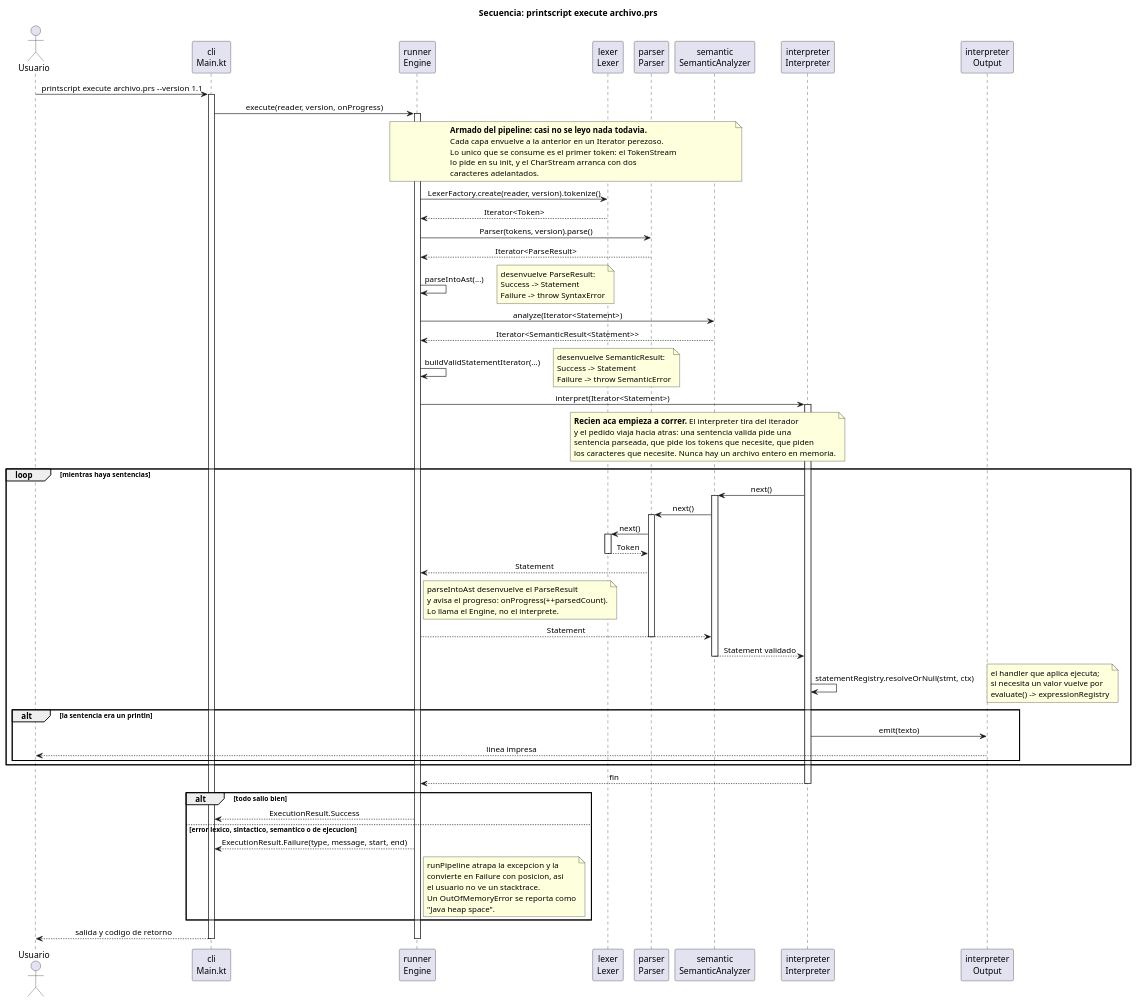
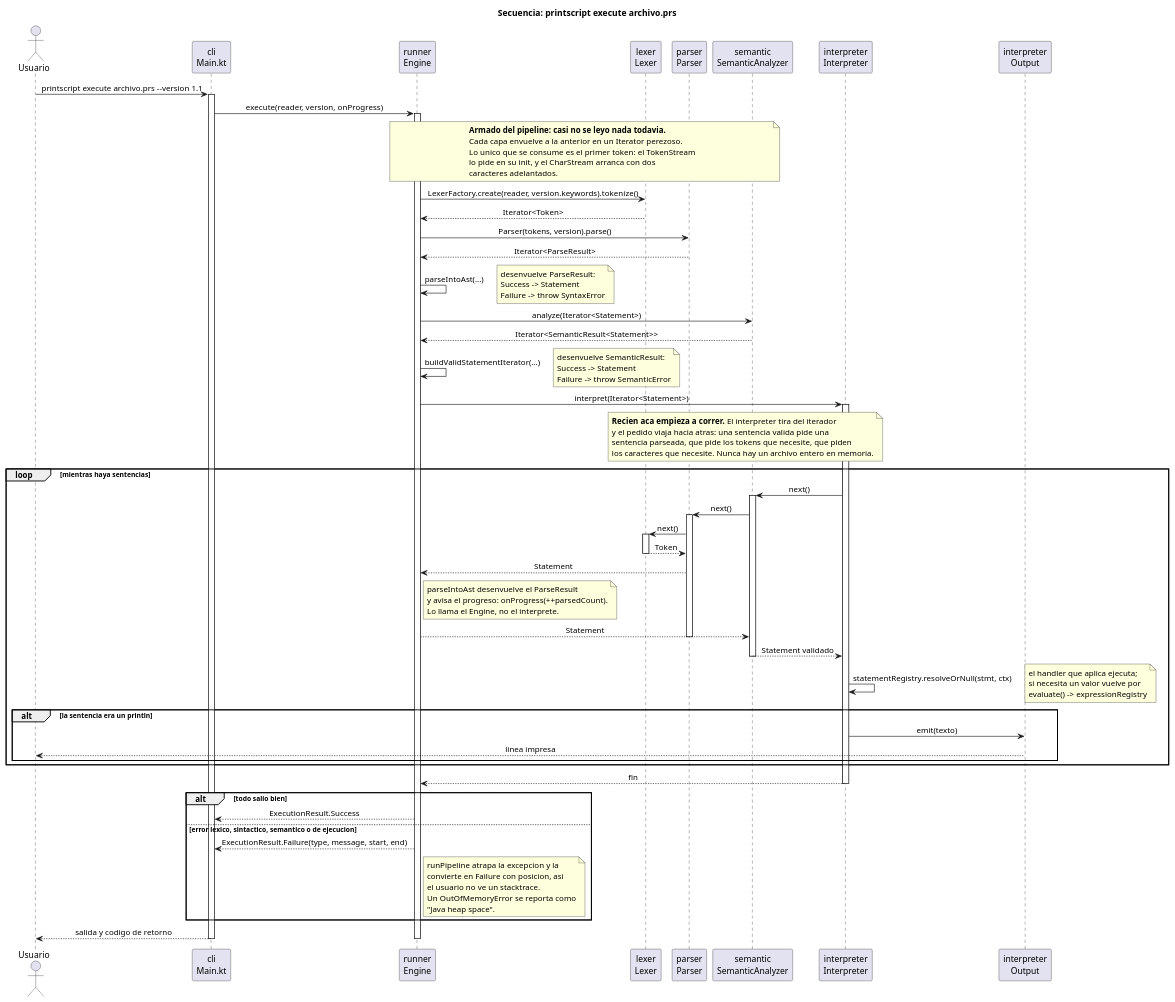
The diagram in docs/secuencia-ejecucion.puml (Ingsis-printscript-grupo3/printscript), drawn with PlantUML before and after one commit. The commit also changed 17 other files, not shown here.

Commit message:
refactor:lexer deja de conocer language version

```diff
--- a/docs/secuencia-ejecucion.puml
+++ b/docs/secuencia-ejecucion.puml
@@ -1,104 +1,104 @@
 @startuml PrintScript_Secuencia_Ejecucion
 
 title Secuencia: printscript execute archivo.prs
 
 skinparam sequenceMessageAlign center
 
 actor Usuario
 participant "cli\nMain.kt" as CLI
 participant "runner\nEngine" as ENGINE
 participant "lexer\nLexer" as LEXER
 participant "parser\nParser" as PARSER
 participant "semantic\nSemanticAnalyzer" as SEMANTIC
 participant "interpreter\nInterpreter" as INTERPRETER
 participant "interpreter\nOutput" as OUTPUT
 
 Usuario -> CLI : printscript execute archivo.prs --version 1.1
 activate CLI
 
 CLI -> ENGINE : execute(reader, version, onProgress)
 activate ENGINE
 
 note over ENGINE, SEMANTIC
   <b>Armado del pipeline: casi no se leyo nada todavia.</b>
   Cada capa envuelve a la anterior en un Iterator perezoso.
   Lo unico que se consume es el primer token: el TokenStream
   lo pide en su init, y el CharStream arranca con dos
   caracteres adelantados.
 end note
 
-ENGINE -> LEXER : LexerFactory.create(reader, version).tokenize()
+ENGINE -> LEXER : LexerFactory.create(reader, version.keywords).tokenize()
 LEXER --> ENGINE : Iterator<Token>
 
 ENGINE -> PARSER : Parser(tokens, version).parse()
 PARSER --> ENGINE : Iterator<ParseResult>
 
 ENGINE -> ENGINE : parseIntoAst(...)
 note right: desenvuelve ParseResult:\nSuccess -> Statement\nFailure -> throw SyntaxError
 
 ENGINE -> SEMANTIC : analyze(Iterator<Statement>)
 SEMANTIC --> ENGINE : Iterator<SemanticResult<Statement>>
 
 ENGINE -> ENGINE : buildValidStatementIterator(...)
 note right: desenvuelve SemanticResult:\nSuccess -> Statement\nFailure -> throw SemanticError
 
 ENGINE -> INTERPRETER : interpret(Iterator<Statement>)
 activate INTERPRETER
 
 note over LEXER, INTERPRETER
   <b>Recien aca empieza a correr.</b> El interpreter tira del iterador
   y el pedido viaja hacia atras: una sentencia valida pide una
   sentencia parseada, que pide los tokens que necesite, que piden
   los caracteres que necesite. Nunca hay un archivo entero en memoria.
 end note
 
 loop mientras haya sentencias
   INTERPRETER -> SEMANTIC : next()
   activate SEMANTIC
   SEMANTIC -> PARSER : next()
   activate PARSER
   PARSER -> LEXER : next()
   activate LEXER
   LEXER --> PARSER : Token
   deactivate LEXER
   PARSER --> ENGINE : Statement
   note right of ENGINE
     parseIntoAst desenvuelve el ParseResult
     y avisa el progreso: onProgress(++parsedCount).
     Lo llama el Engine, no el interprete.
   end note
   ENGINE --> SEMANTIC : Statement
   deactivate PARSER
   SEMANTIC --> INTERPRETER : Statement validado
   deactivate SEMANTIC
 
   INTERPRETER -> INTERPRETER : statementRegistry.resolveOrNull(stmt, ctx)
   note right: el handler que aplica ejecuta;\nsi necesita un valor vuelve por\nevaluate() -> expressionRegistry
 
   alt la sentencia era un println
     INTERPRETER -> OUTPUT : emit(texto)
     OUTPUT --> Usuario : linea impresa
   end
 end
 
 INTERPRETER --> ENGINE : fin
 deactivate INTERPRETER
 
 alt todo salio bien
   ENGINE --> CLI : ExecutionResult.Success
 else error lexico, sintactico, semantico o de ejecucion
   ENGINE --> CLI : ExecutionResult.Failure(type, message, start, end)
   note right of ENGINE
     runPipeline atrapa la excepcion y la
     convierte en Failure con posicion, asi
     el usuario no ve un stacktrace.
     Un OutOfMemoryError se reporta como
     "Java heap space".
   end note
 end
 
 CLI --> Usuario : salida y codigo de retorno
 deactivate ENGINE
 deactivate CLI
 
 @enduml
```
